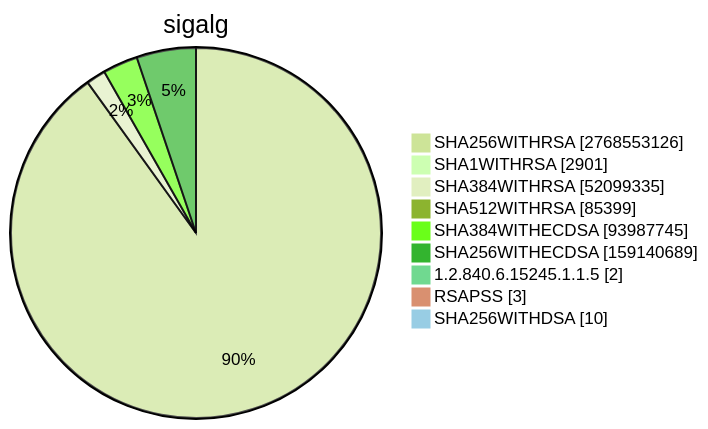
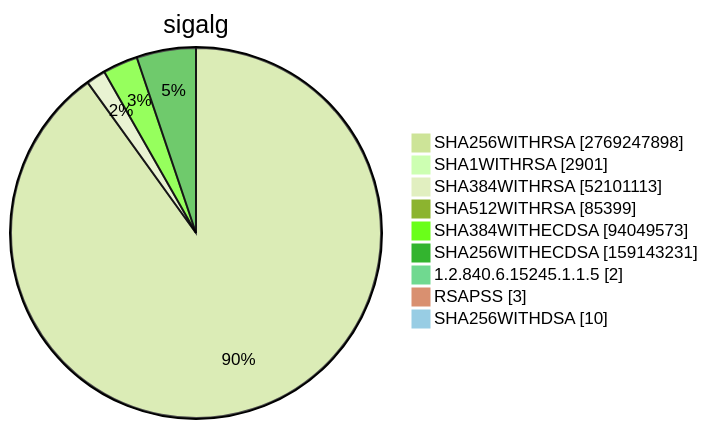
Before and after one commit to christiankrug/ctmonitor_visualization: diagram 15 of 15 in TOTAL/README.md, drawn with Mermaid (forest theme). The commit also changed other lines of this file, not shown here.

````diff
--- a/TOTAL/README.md
+++ b/TOTAL/README.md
@@ -6205,13 +6205,13 @@
 ```mermaid
 pie showData
 title sigalg
-"SHA256WITHRSA" :2768553126
+"SHA256WITHRSA" :2769247898
 "SHA1WITHRSA" :2901
-"SHA384WITHRSA" :52099335
+"SHA384WITHRSA" :52101113
 "SHA512WITHRSA" :85399
-"SHA384WITHECDSA" :93987745
-"SHA256WITHECDSA" :159140689
+"SHA384WITHECDSA" :94049573
+"SHA256WITHECDSA" :159143231
 "1.2.840.6.15245.1.1.5" :2
 "RSAPSS" :3
 "SHA256WITHDSA" :10
 ```
````
